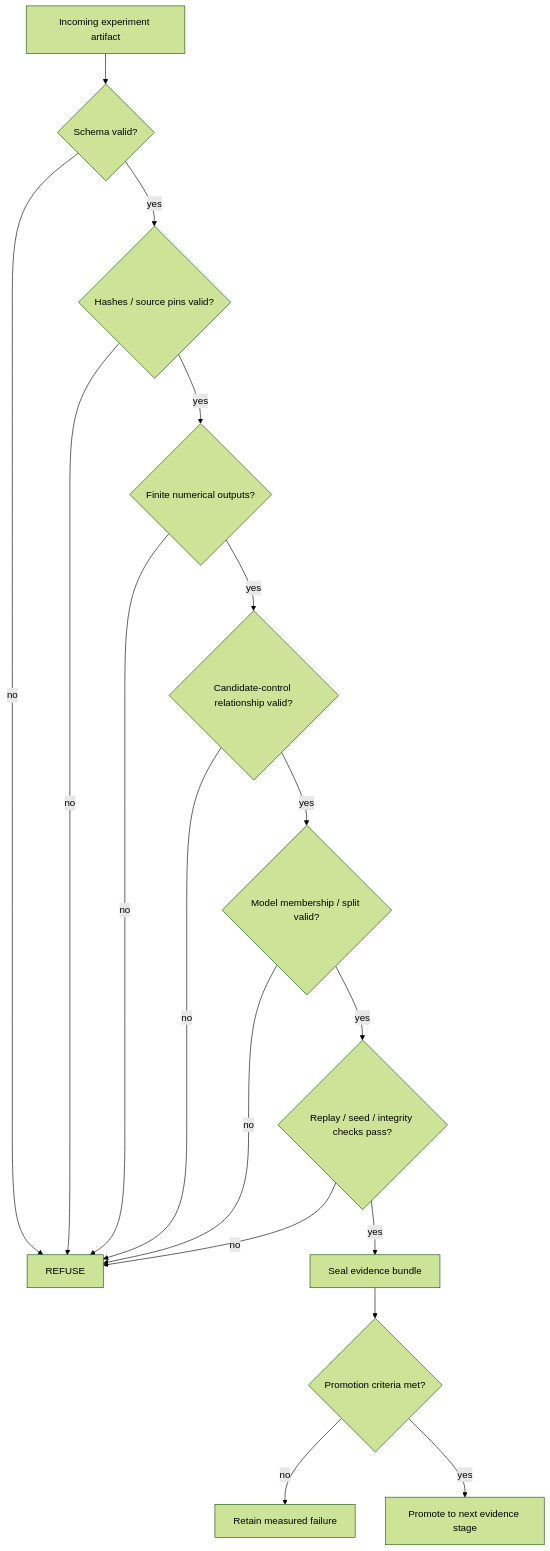
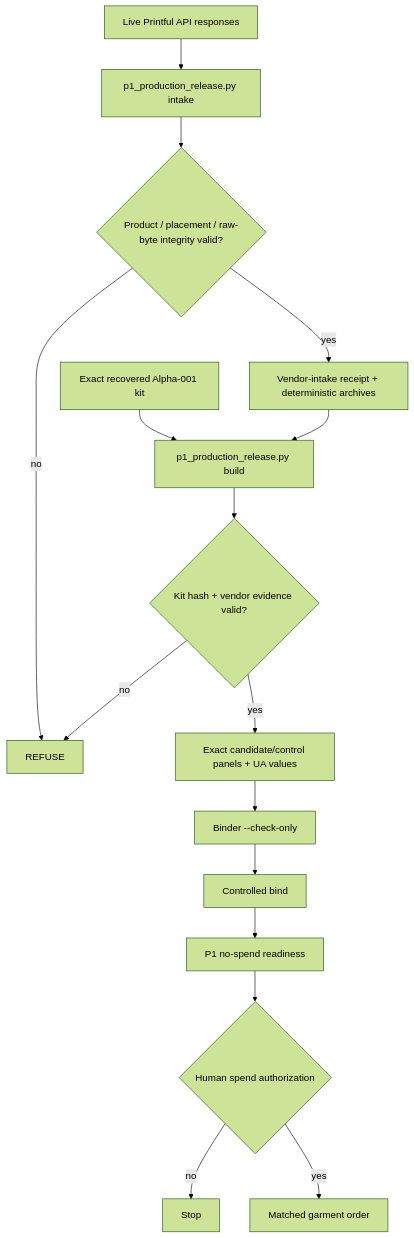
The seventh of 13 diagrams in docs/DIAGRAMS.md (ninja-ops-guy/adversarial-clothing-pipeline), drawn with Mermaid (forest theme) before and after one commit. The commit also changed other lines of this file, not shown here.

Commit message:
docs: refresh RAC diagrams for current lineage and P1 path

````diff
--- a/docs/DIAGRAMS.md
+++ b/docs/DIAGRAMS.md
@@ -167,19 +154,18 @@
 ```mermaid
 flowchart TD
-    A[Incoming experiment artifact] --> B{Schema valid?}
-    B -- no --> X[REFUSE]
-    B -- yes --> C{Hashes / source pins valid?}
-    C -- no --> X
-    C -- yes --> D{Finite numerical outputs?}
-    D -- no --> X
-    D -- yes --> E{Candidate-control relationship valid?}
-    E -- no --> X
-    E -- yes --> F{Model membership / split valid?}
-    F -- no --> X
-    F -- yes --> G{Replay / seed / integrity checks pass?}
-    G -- no --> X
-    G -- yes --> H[Seal evidence bundle]
-    H --> I{Promotion criteria met?}
-    I -- no --> J[Retain measured failure]
-    I -- yes --> K[Promote to next evidence stage]
+    V[Live Printful API responses] --> I[p1_production_release.py intake]
+    I --> V1{Product / placement / raw-byte integrity valid?}
+    V1 -- no --> X[REFUSE]
+    V1 -- yes --> R[Vendor-intake receipt + deterministic archives]
+    K[Exact recovered Alpha-001 kit] --> B[p1_production_release.py build]
+    R --> B
+    B --> V2{Kit hash + vendor evidence valid?}
+    V2 -- no --> X
+    V2 -- yes --> P[Exact candidate/control panels + UA values]
+    P --> C[Binder --check-only]
+    C --> D[Controlled bind]
+    D --> G[P1 no-spend readiness]
+    G --> H{Human spend authorization}
+    H -- no --> STOP[Stop]
+    H -- yes --> O[Matched garment order]
 ```
````
